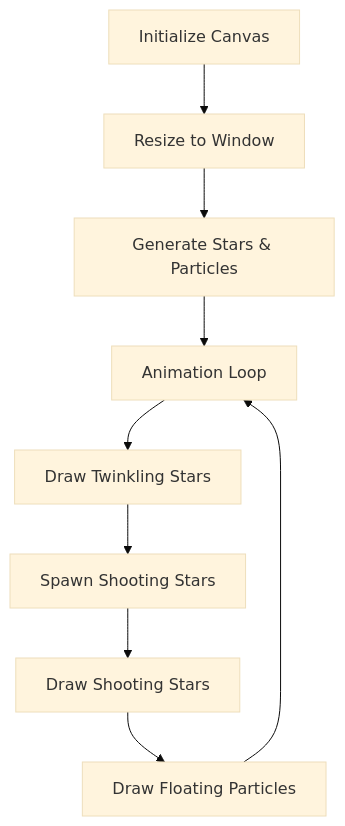
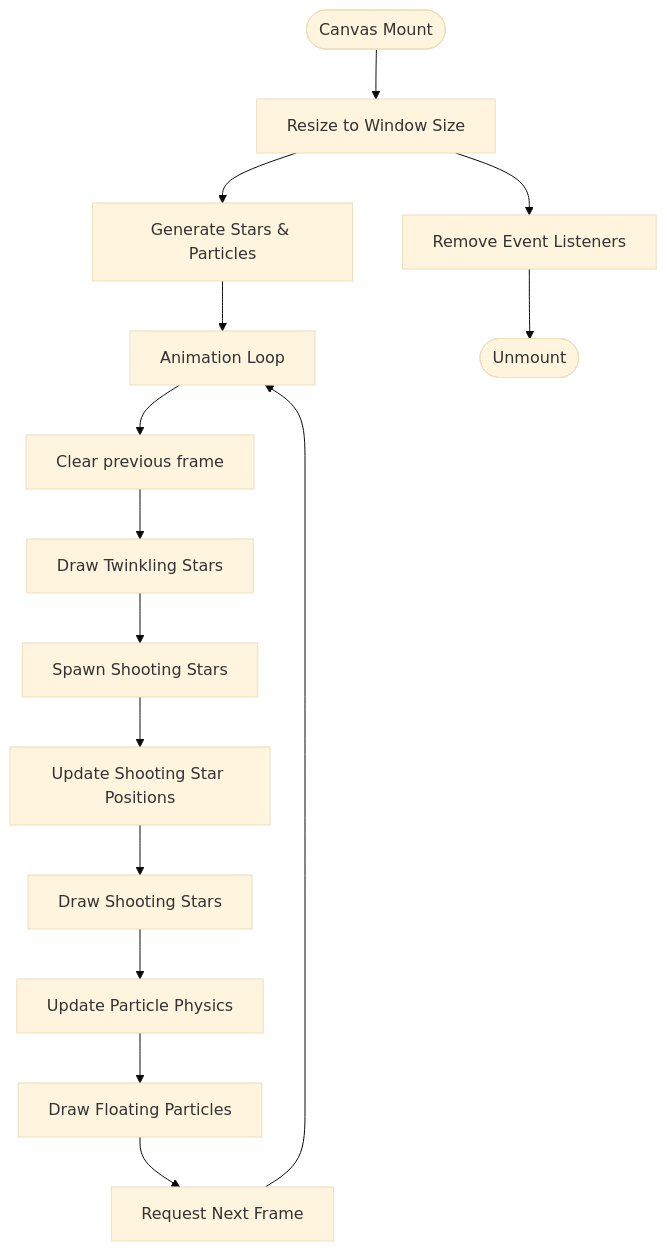
The eighth of 9 diagrams in .qoder/repowiki/en/content/Birthday Experience Components.md (alifsurya2710/Selamat-Ulang-Tahun), drawn with Mermaid (base theme) before and after one commit. The commit also changed other lines of this file and 31 other files, not shown here.

````diff
--- a/.qoder/repowiki/en/content/Birthday Experience Components.md
+++ b/.qoder/repowiki/en/content/Birthday Experience Components.md
@@ -406,11 +545,17 @@
 ```mermaid
 flowchart TD
-Init["Initialize Canvas"] --> Resize["Resize to Window"]
+Init(["Canvas Mount"]) --> Resize["Resize to Window Size"]
 Resize --> InitStars["Generate Stars & Particles"]
 InitStars --> Loop["Animation Loop"]
-Loop --> DrawStars["Draw Twinkling Stars"]
+Loop --> ClearCanvas["Clear previous frame"]
+ClearCanvas --> DrawStars["Draw Twinkling Stars"]
 DrawStars --> SpawnShooting["Spawn Shooting Stars"]
-SpawnShooting --> DrawShooting["Draw Shooting Stars"]
-DrawShooting --> DrawParticles["Draw Floating Particles"]
-DrawParticles --> Loop
+SpawnShooting --> UpdateShooting["Update Shooting Star Positions"]
+UpdateShooting --> DrawShooting["Draw Shooting Stars"]
+DrawShooting --> UpdateParticles["Update Particle Physics"]
+UpdateParticles --> DrawParticles["Draw Floating Particles"]
+DrawParticles --> RequestNext["Request Next Frame"]
+RequestNext --> Loop
+Resize --> Cleanup["Remove Event Listeners"]
+Cleanup --> End(["Unmount"])
 ```
````
